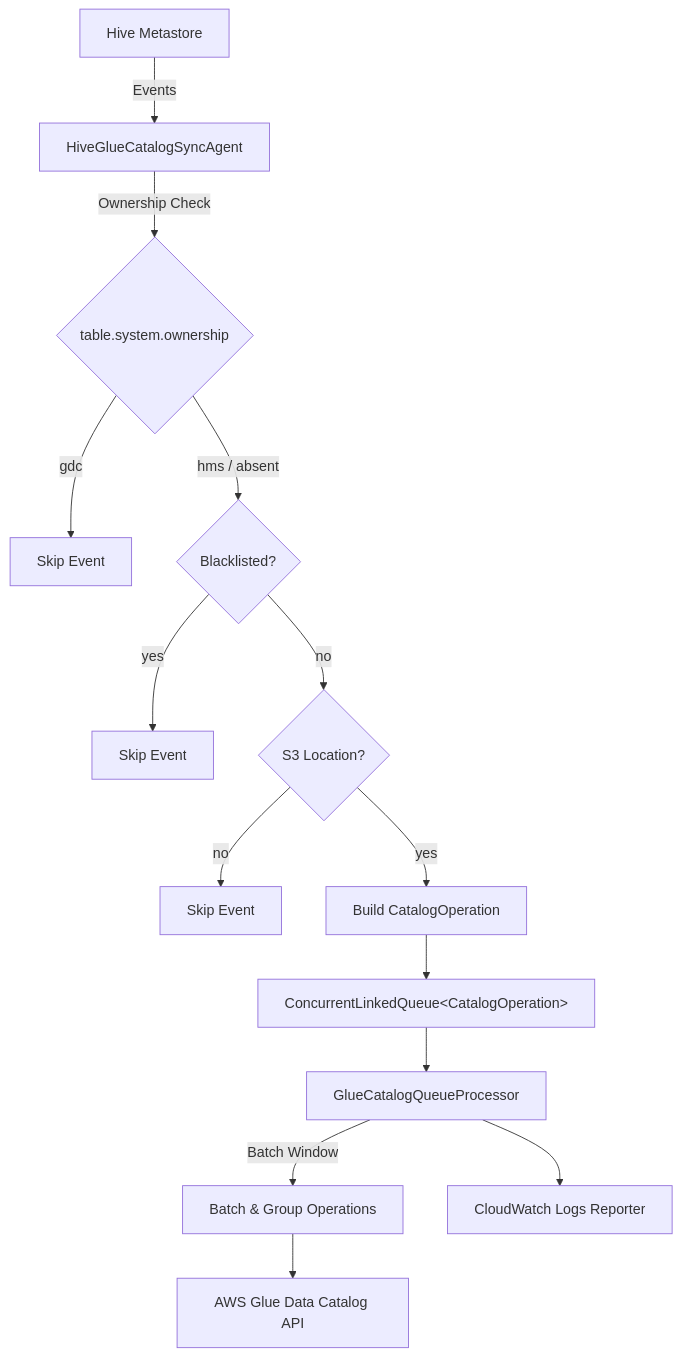
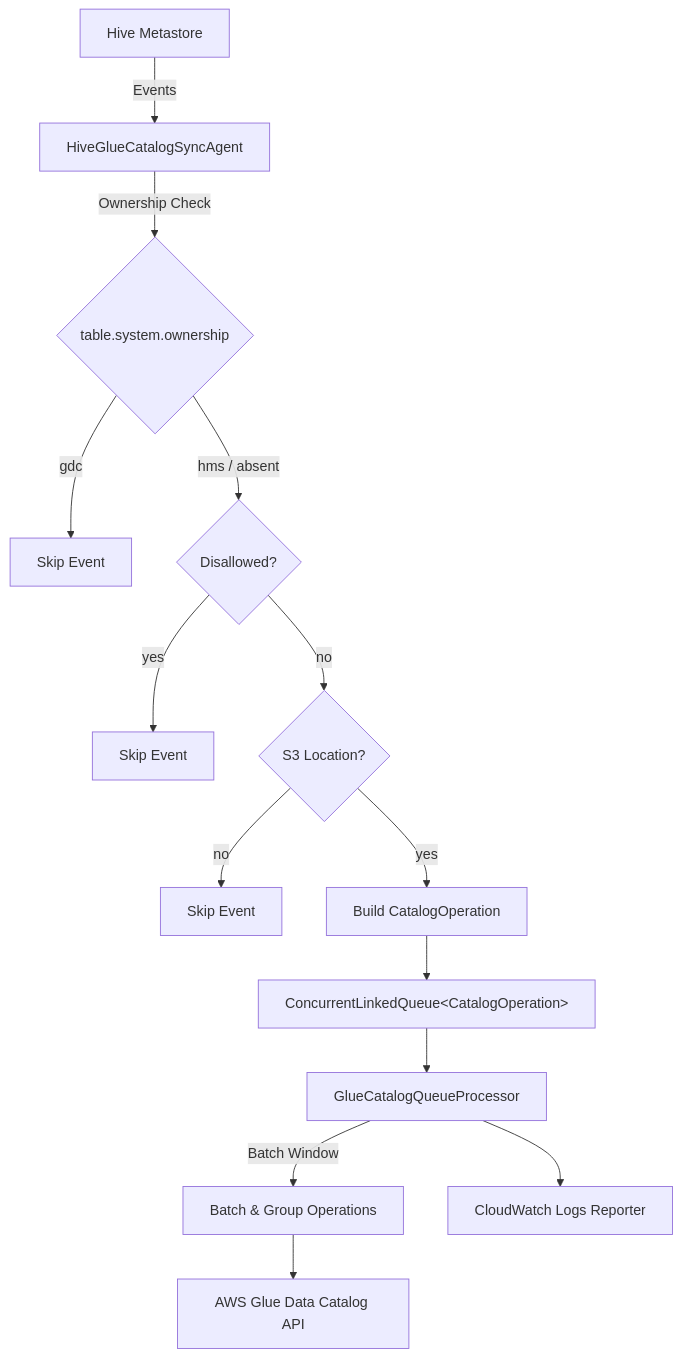
The first of 2 diagrams in .kiro/specs/gdc-direct-api-sync/design.md (hocanint-amzn/aws-glue-catalog-sync-agent-for-hive), drawn with Mermaid before and after one commit. The commit also changed other lines of this file and 14 other files, not shown here.

Commit message:
Updated Readme and added architectural diagram. Replaced Blacklist to Disallowed.

````diff
--- a/.kiro/specs/gdc-direct-api-sync/design.md
+++ b/.kiro/specs/gdc-direct-api-sync/design.md
@@ -16,16 +16,16 @@
 ```mermaid
 graph TD
     HMS[Hive Metastore] -->|Events| SA[HiveGlueCatalogSyncAgent]
     SA -->|Ownership Check| OC{table.system.ownership}
     OC -->|gdc| SKIP[Skip Event]
-    OC -->|hms / absent| BL{Blacklisted?}
+    OC -->|hms / absent| BL{Disallowed?}
     BL -->|yes| SKIP2[Skip Event]
     BL -->|no| S3{S3 Location?}
     S3 -->|no| SKIP3[Skip Event]
     S3 -->|yes| BUILD[Build CatalogOperation]
     BUILD --> Q[ConcurrentLinkedQueue&lt;CatalogOperation&gt;]
     Q --> QP[GlueCatalogQueueProcessor]
     QP -->|Batch Window| BATCH[Batch & Group Operations]
     BATCH --> GDC[AWS Glue Data Catalog API]
     QP --> CWL[CloudWatch Logs Reporter]
 ```
````
